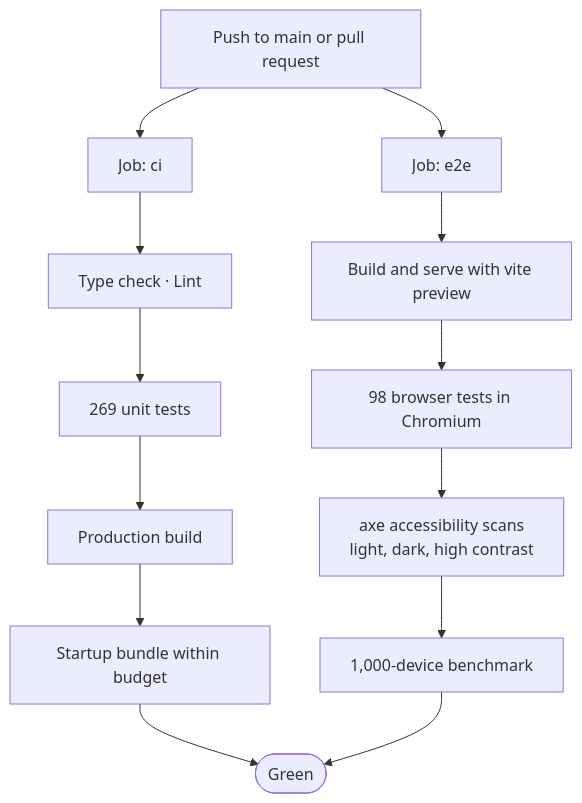
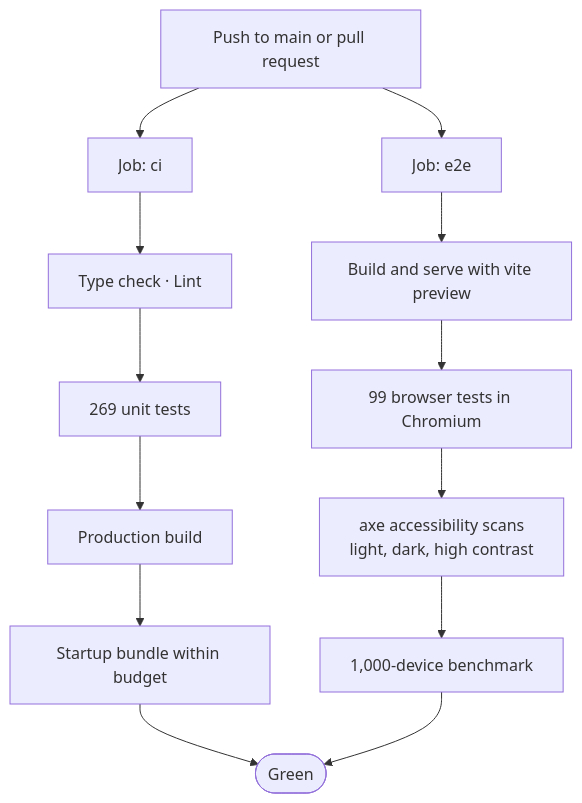
Diagram 29 of 32 in README.md (vijaykumargowdakk/ReSecArc), drawn with Mermaid before and after one commit. The commit also changed other lines of this file and 6 other files, not shown here.

````diff
--- a/README.md
+++ b/README.md
@@ -1282,15 +1283,15 @@
 ```mermaid
 flowchart TB
     PUSH["Push to main or pull request"] --> J1["Job: ci"]
     PUSH --> J2["Job: e2e"]
     J1 --> A1["Type check · Lint"]
     A1 --> A2["269 unit tests"]
     A2 --> A3["Production build"]
     A3 --> A4["Startup bundle within budget"]
     J2 --> B1["Build and serve with vite preview"]
-    B1 --> B2["98 browser tests in Chromium"]
+    B1 --> B2["99 browser tests in Chromium"]
     B2 --> B3["axe accessibility scans<br/>light, dark, high contrast"]
     B3 --> B4["1,000-device benchmark"]
     A4 --> OK(["Green"])
     B4 --> OK
 ```
````
